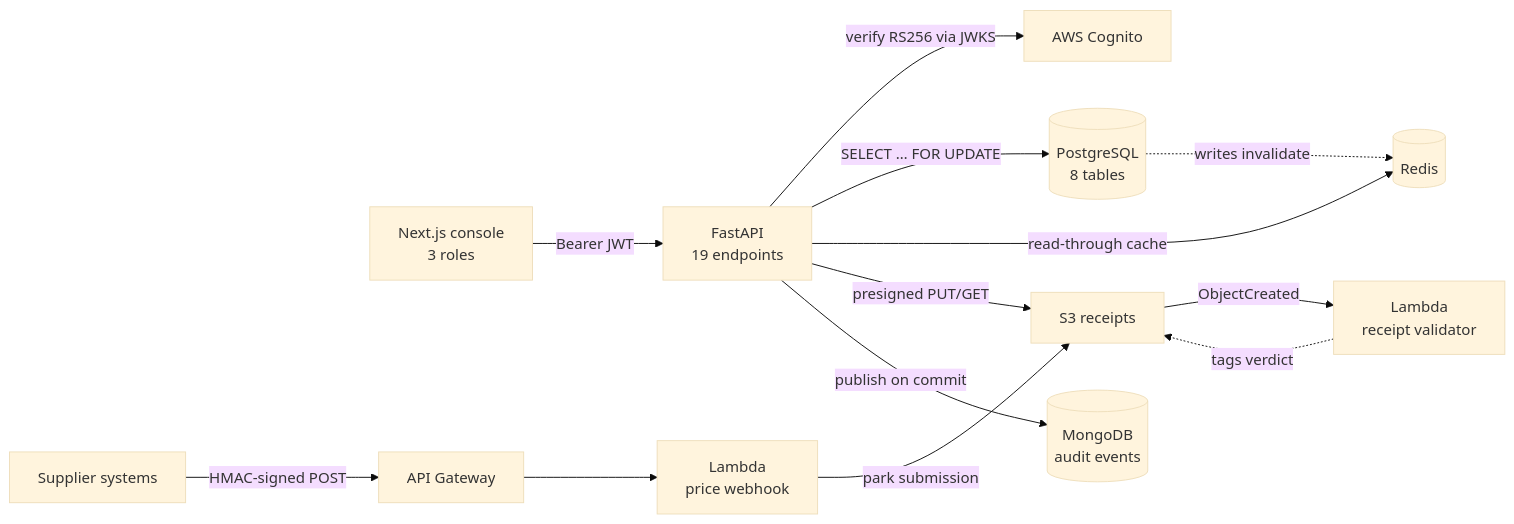
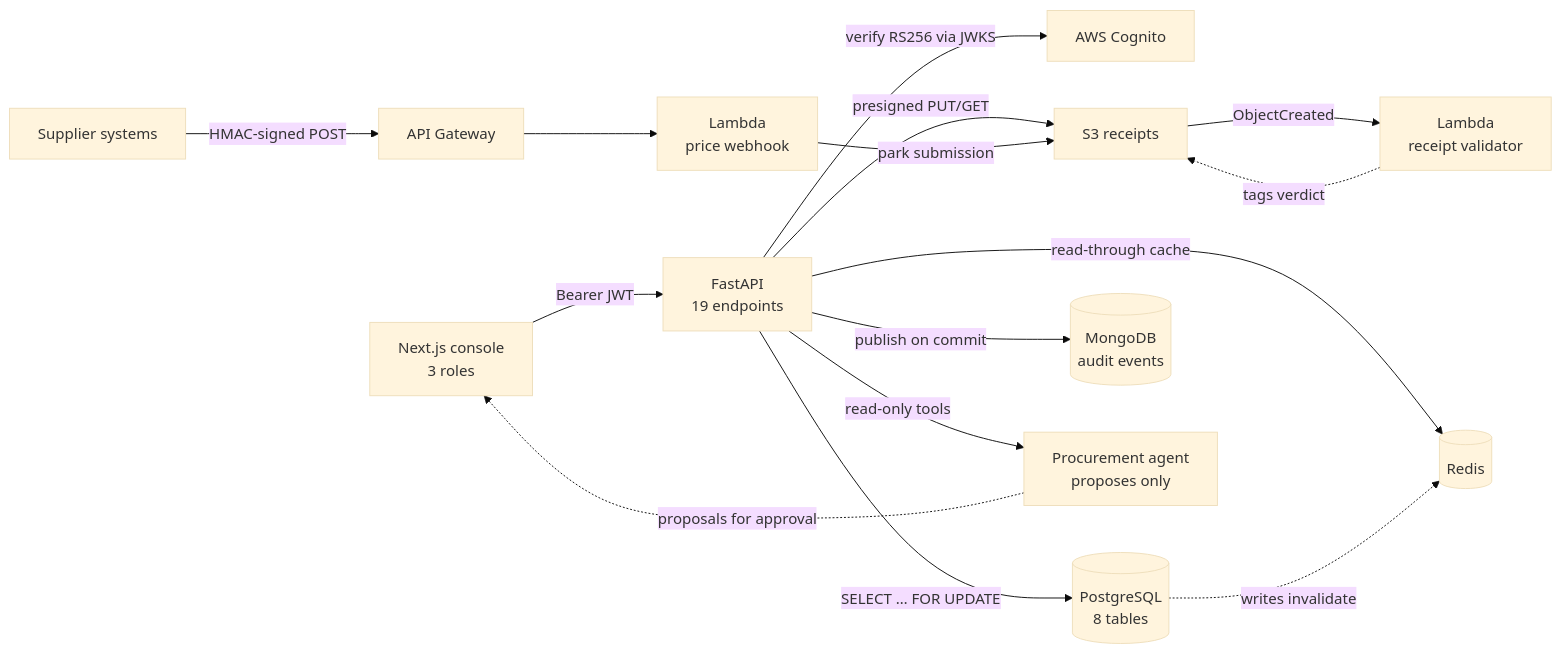
One commit to kingmars2022/stockroom-warehouse-system changed the diagram in README.md. Above: the diagram before and after it, drawn with Mermaid (base theme). The commit also changed other lines of this file and 10 other files, not shown here.

````diff
--- a/README.md
+++ b/README.md
@@ -13,15 +13,17 @@
 ```mermaid
 flowchart LR
     B["Next.js console<br/>3 roles"] -->|"Bearer JWT"| A["FastAPI<br/>19 endpoints"]
     A -->|"verify RS256 via JWKS"| C["AWS Cognito"]
     A -->|"SELECT … FOR UPDATE"| D[("PostgreSQL<br/>8 tables")]
     A -->|"read-through cache"| R[("Redis")]
     A -->|"presigned PUT/GET"| S["S3 receipts"]
     A -->|"publish on commit"| M[("MongoDB<br/>audit events")]
     D -.->|"writes invalidate"| R
+    A -->|"read-only tools"| AG["Procurement agent<br/>proposes only"]
+    AG -.->|"proposals for approval"| B
     SUP["Supplier systems"] -->|"HMAC-signed POST"| G["API Gateway"]
     G --> L2["Lambda<br/>price webhook"]
     L2 -->|"park submission"| S
     S -->|"ObjectCreated"| L1["Lambda<br/>receipt validator"]
     L1 -.->|"tags verdict"| S
 ```
````
